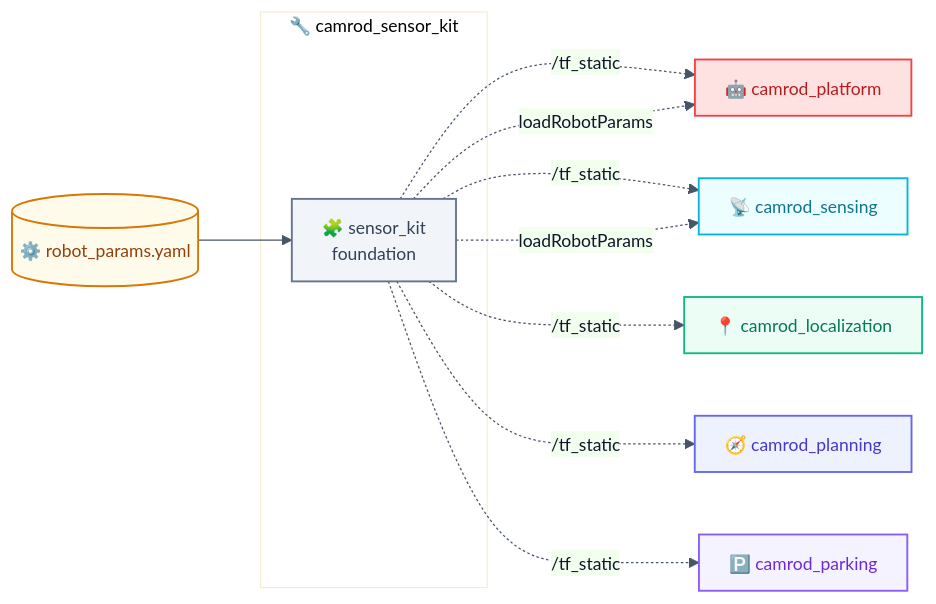
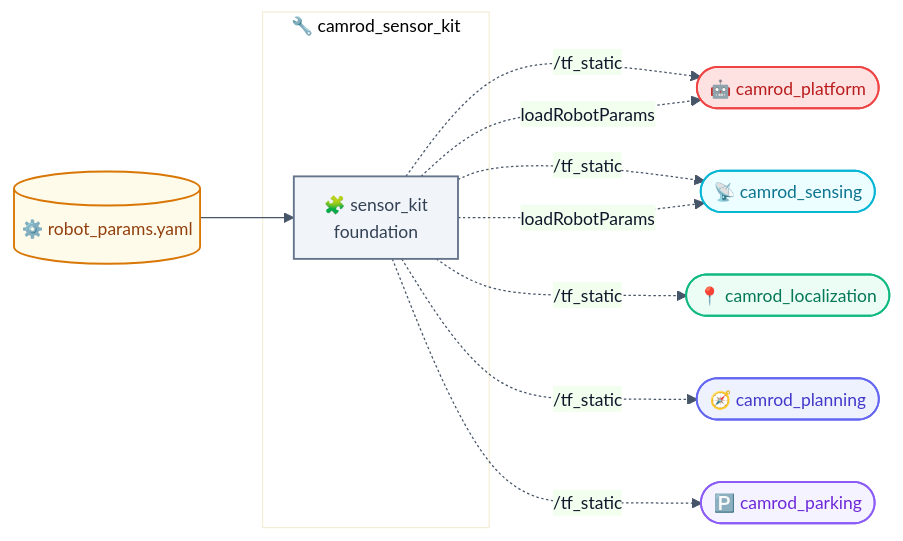
One commit to hwanhonglee/CAMROD changed the first of 4 diagrams in camrod_sensor_kit/README.md. Above: the diagram before and after it, drawn with Mermaid. The commit also changed other lines of this file and 12 other files, not shown here.

First line of the commit message:
docs(v4): unified Mermaid shape convention + runtime data flow diagram

````diff
--- a/camrod_sensor_kit/README.md
+++ b/camrod_sensor_kit/README.md
@@ -47,25 +47,25 @@
 ```mermaid
 %%{init: {'theme': 'base', 'themeVariables': {'fontFamily': 'ui-sans-serif, system-ui, sans-serif', 'fontSize': '14px', 'primaryColor': '#EEF2FF', 'primaryTextColor': '#0F172A', 'primaryBorderColor': '#6366F1', 'lineColor': '#475569'}, 'flowchart': {'curve': 'basis', 'htmlLabels': true, 'padding': 12}}}%%
 graph LR
   YAML[(⚙️ robot_params.yaml)]:::config --> SKIT
 
   subgraph SKIT_BOX["🔧 camrod_sensor_kit"]
     SKIT[🧩 sensor_kit\nfoundation]:::system
   end
 
-  SKIT -.->|/tf_static| PLAT[🤖 camrod_platform]:::platform
-  SKIT -.->|/tf_static| SENS[📡 camrod_sensing]:::sensing
-  SKIT -.->|/tf_static| LOC[📍 camrod_localization]:::localization
-  SKIT -.->|/tf_static| PLAN[🧭 camrod_planning]:::planning
-  SKIT -.->|/tf_static| PARK[🅿️ camrod_parking]:::parking
+  SKIT -.->|/tf_static| PLAT([🤖 camrod_platform]):::platform
+  SKIT -.->|/tf_static| SENS([📡 camrod_sensing]):::sensing
+  SKIT -.->|/tf_static| LOC([📍 camrod_localization]):::localization
+  SKIT -.->|/tf_static| PLAN([🧭 camrod_planning]):::planning
+  SKIT -.->|/tf_static| PARK([🅿️ camrod_parking]):::parking
   SKIT -.->|loadRobotParams| PLAT
   SKIT -.->|loadRobotParams| SENS
 
   classDef sensing      fill:#ECFEFF,stroke:#06B6D4,stroke-width:1.5px,color:#0E7490;
   classDef localization fill:#ECFDF5,stroke:#10B981,stroke-width:1.5px,color:#047857;
   classDef planning     fill:#EEF2FF,stroke:#6366F1,stroke-width:1.5px,color:#4338CA;
   classDef platform     fill:#FEE2E2,stroke:#EF4444,stroke-width:1.5px,color:#B91C1C;
   classDef parking      fill:#F5F3FF,stroke:#8B5CF6,stroke-width:1.5px,color:#6D28D9;
   classDef system       fill:#F1F5F9,stroke:#64748B,stroke-width:1.5px,color:#334155;
   classDef config       fill:#FFFBEB,stroke:#D97706,stroke-width:1.5px,color:#92400E;
 ```
````
